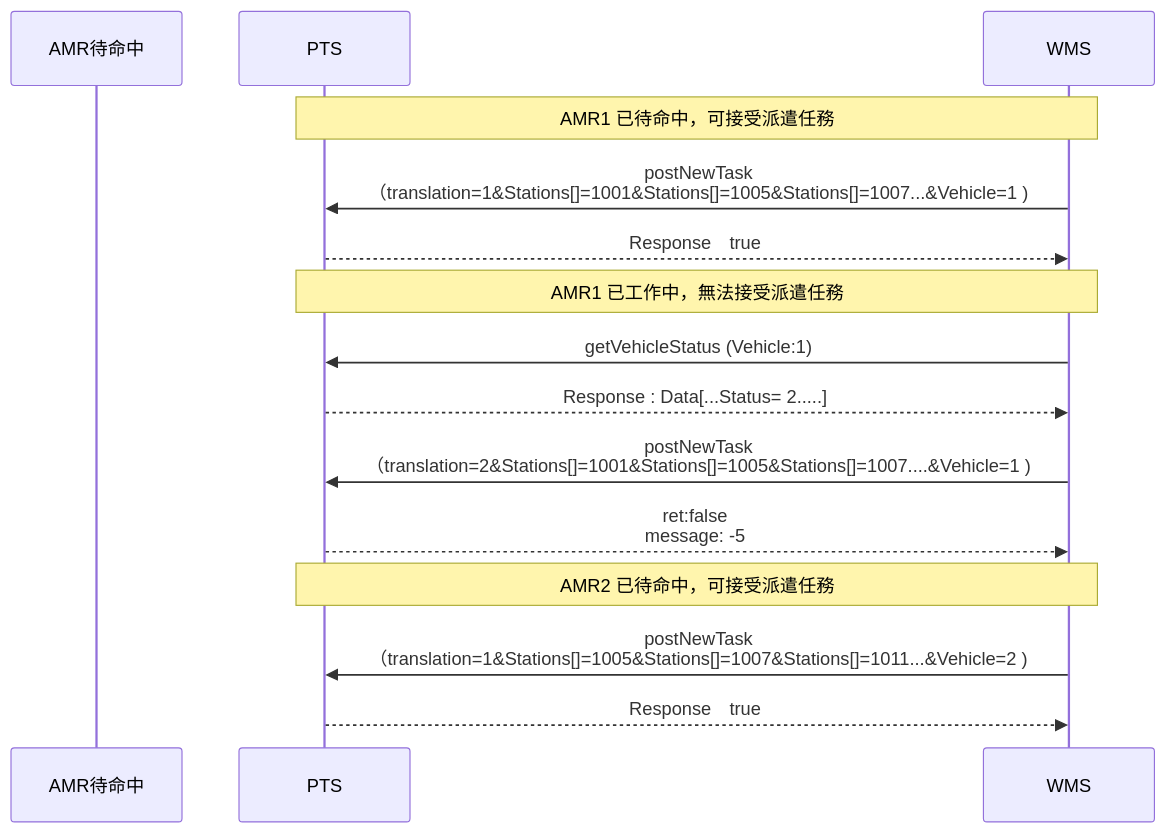
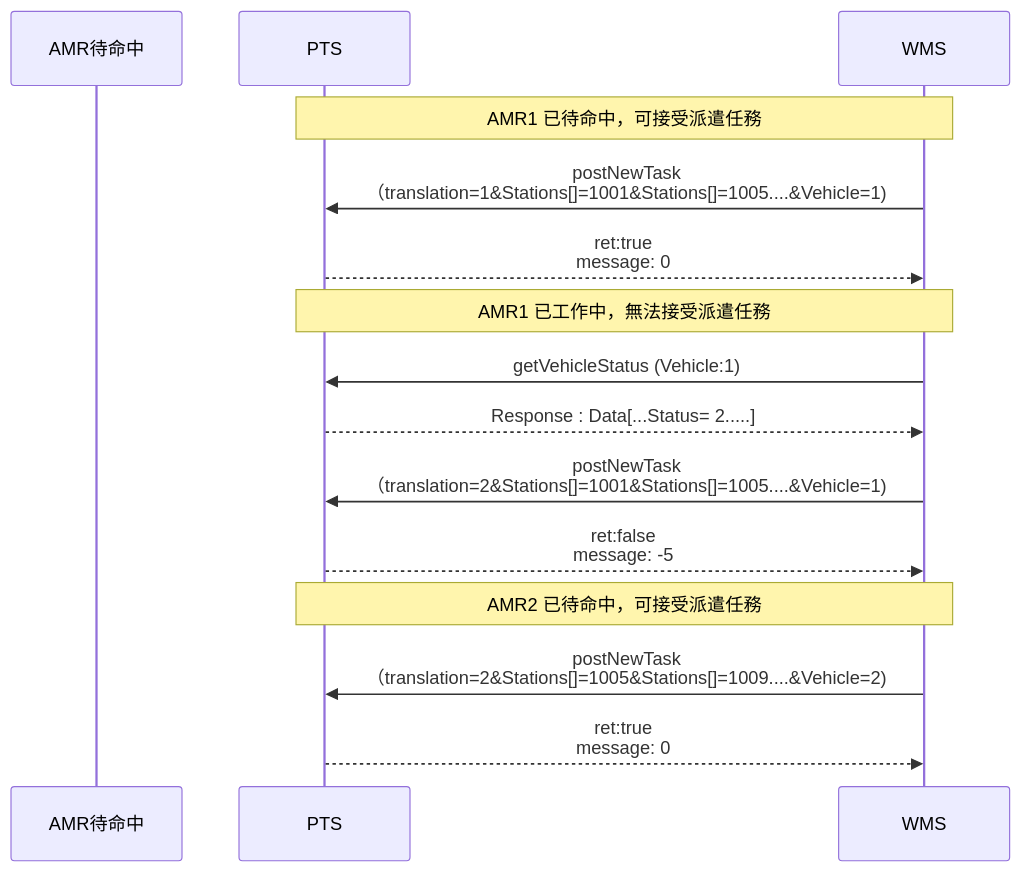
Before and after one commit to athena-tircgo/amr-wms-lsj: the sixth of 9 diagrams in README.md, drawn with Mermaid. The commit also changed other lines of this file, not shown here.

````diff
--- a/README.md
+++ b/README.md
@@ -375,22 +376,22 @@
 ```mermaid
 sequenceDiagram
     participant AMR待命中
     participant PTS
     participant WMS
 
 note over PTS,WMS: AMR1 已待命中，可接受派遣任務
-        WMS->>PTS: postNewTask <br>（translation=1&Stations[]=1001&Stations[]=1005&Stations[]=1007...&Vehicle=1 )
-        PTS-->>WMS: Response　true
+        WMS->>PTS: postNewTask <br>（translation=1&Stations[]=1001&Stations[]=1005....&Vehicle=1)
+        PTS-->>WMS: ret:true <br> message: 0
 
 note over PTS,WMS:  AMR1 已工作中，無法接受派遣任務
         WMS->>PTS:getVehicleStatus (Vehicle:1)
         PTS-->>WMS:Response : Data[...Status= 2.....]
-        WMS->>PTS: postNewTask<br>（translation=2&Stations[]=1001&Stations[]=1005&Stations[]=1007....&Vehicle=1 )
+        WMS->>PTS: postNewTask<br>（translation=2&Stations[]=1001&Stations[]=1005....&Vehicle=1)
         PTS-->>WMS: ret:false <br> message: -5
 
 note over PTS,WMS: AMR2 已待命中，可接受派遣任務
-        WMS->>PTS: postNewTask<br>（translation=1&Stations[]=1005&Stations[]=1007&Stations[]=1011...&Vehicle=2 )
-        PTS-->>WMS: Response　true
+        WMS->>PTS: postNewTask<br>（translation=2&Stations[]=1005&Stations[]=1009....&Vehicle=2)
+        PTS-->>WMS: ret:true  <br> message: 0
 
 
 ```
````
